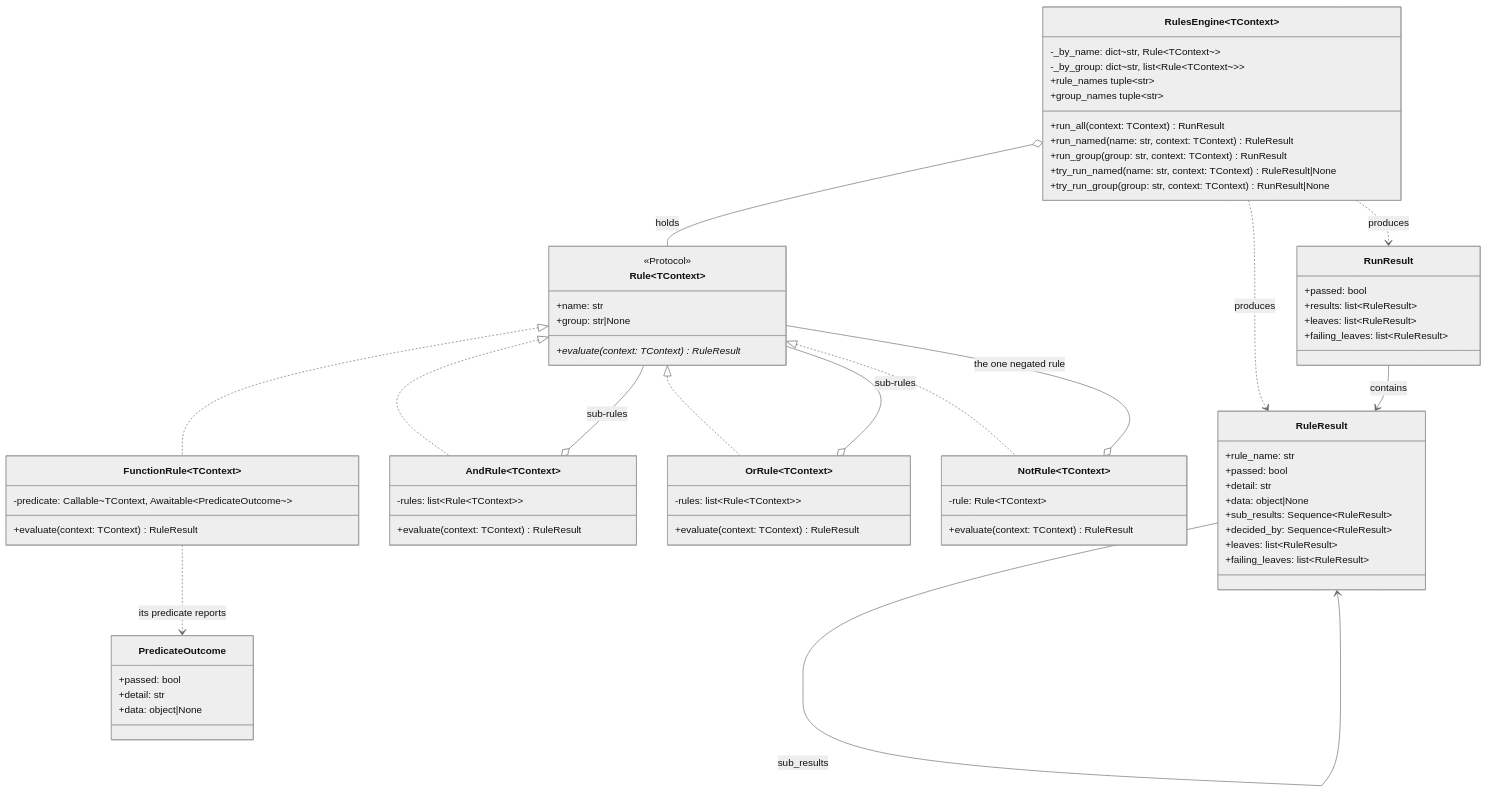
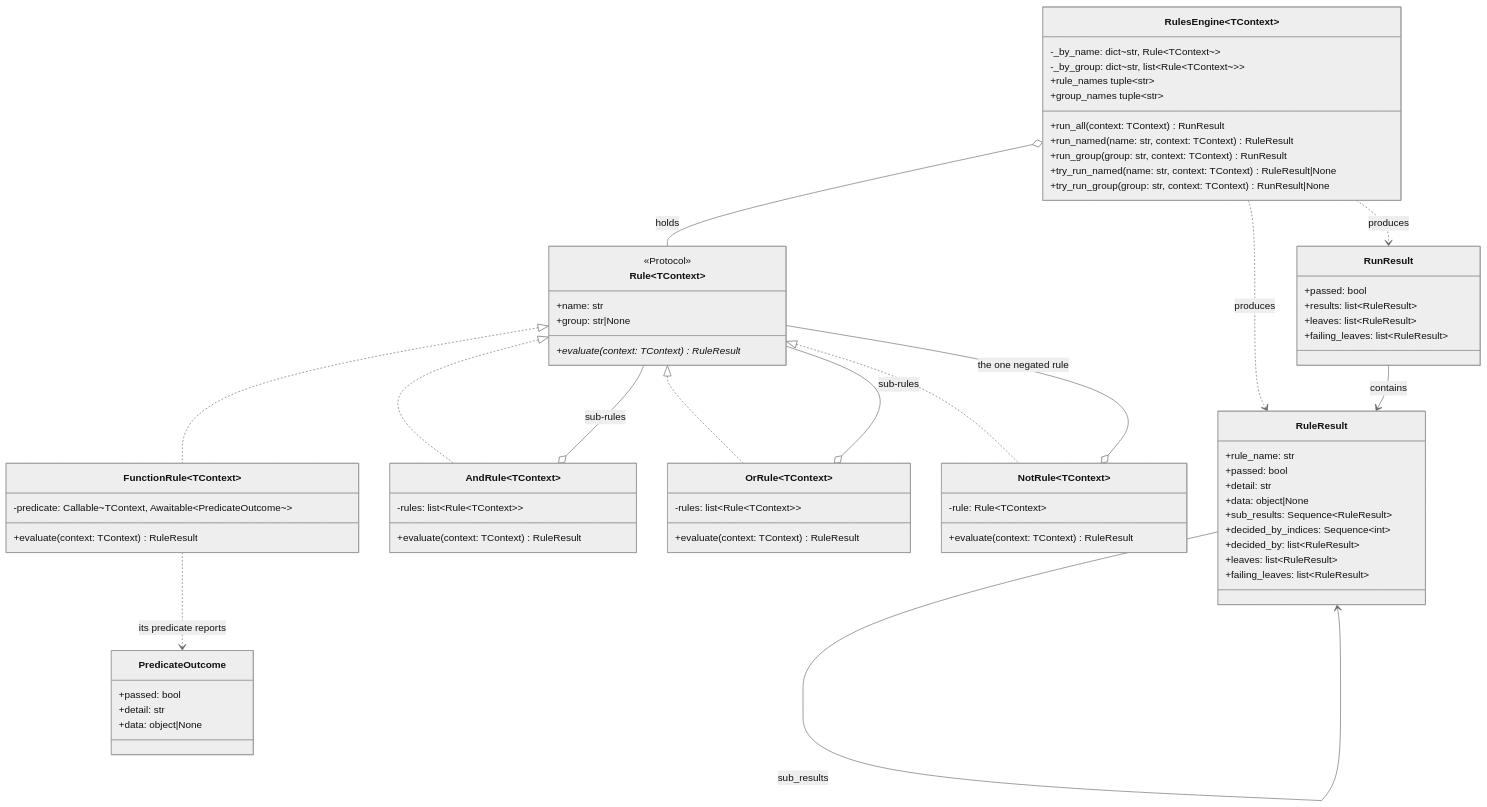
The diagram in docs/architecture/python.md (pawan-vyas/verdict-rules), drawn with Mermaid (neutral theme) before and after one commit. The commit also changed other lines of this file and 6 other files, not shown here.

````diff
--- a/docs/architecture/python.md
+++ b/docs/architecture/python.md
@@ -29,71 +29,72 @@
 ```mermaid
 classDiagram
     class Rule~TContext~ {
         <<Protocol>>
         +name: str
         +group: str|None
         +evaluate(context: TContext)* RuleResult
     }
     class PredicateOutcome {
         +passed: bool
         +detail: str
         +data: object|None
     }
     class FunctionRule~TContext~ {
         -predicate: Callable~TContext, Awaitable~PredicateOutcome~~
         +evaluate(context: TContext) RuleResult
     }
     class AndRule~TContext~ {
         -rules: list~Rule~TContext~~
         +evaluate(context: TContext) RuleResult
     }
     class OrRule~TContext~ {
         -rules: list~Rule~TContext~~
         +evaluate(context: TContext) RuleResult
     }
     class NotRule~TContext~ {
         -rule: Rule~TContext~
         +evaluate(context: TContext) RuleResult
     }
     class RulesEngine~TContext~ {
         -_by_name: dict~str, Rule~TContext~~
         -_by_group: dict~str, list~Rule~TContext~~~
         +run_all(context: TContext) RunResult
         +run_named(name: str, context: TContext) RuleResult
         +run_group(group: str, context: TContext) RunResult
         +try_run_named(name: str, context: TContext) RuleResult|None
         +try_run_group(group: str, context: TContext) RunResult|None
         +rule_names tuple~str~
         +group_names tuple~str~
     }
     class RuleResult {
         +rule_name: str
         +passed: bool
         +detail: str
         +data: object|None
         +sub_results: Sequence~RuleResult~
-        +decided_by: Sequence~RuleResult~
+        +decided_by_indices: Sequence~int~
+        +decided_by: list~RuleResult~
         +leaves: list~RuleResult~
         +failing_leaves: list~RuleResult~
     }
     class RunResult {
         +passed: bool
         +results: list~RuleResult~
         +leaves: list~RuleResult~
         +failing_leaves: list~RuleResult~
     }
 
     Rule <|.. FunctionRule
     Rule <|.. AndRule
     Rule <|.. OrRule
     Rule <|.. NotRule
     FunctionRule ..> PredicateOutcome : its predicate reports
     AndRule o-- Rule : sub-rules
     OrRule o-- Rule : sub-rules
     NotRule o-- Rule : the one negated rule
     RulesEngine o-- Rule : holds
     RulesEngine ..> RuleResult : produces
     RulesEngine ..> RunResult : produces
     RunResult --> RuleResult : contains
     RuleResult --> RuleResult : sub_results
 ```
````
